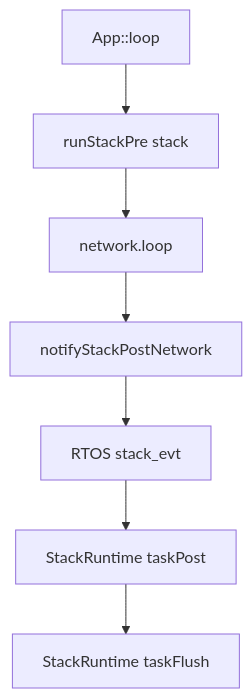
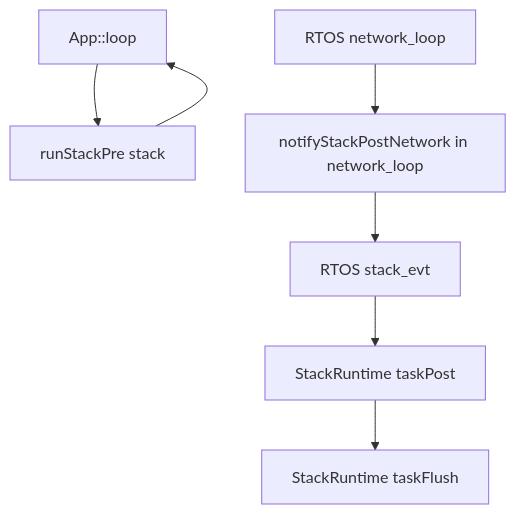
One commit to Denisov-Foundation-Limited/plc-esp2 changed the third of 5 diagrams in STACK.md. Above: the diagram before and after it, drawn with Mermaid. The commit also changed other lines of this file and 2 other files, not shown here.

Commit message:
docs: sync README/STACK/AGENTS with latest runtime

````diff
--- a/STACK.md
+++ b/STACK.md
@@ -174,17 +175,17 @@
 ```mermaid
 flowchart TD
   LOOP[App::loop]
   PRE[runStackPre stack]
-  NET[network.loop]
-  SIG[notifyStackPostNetwork]
+  NET[RTOS network_loop]
+  SIG[notifyStackPostNetwork in network_loop]
   EVT[RTOS stack_evt]
   POST[StackRuntime taskPost]
   FLUSH[StackRuntime taskFlush]
 
   LOOP --> PRE
-  PRE --> NET
+  PRE --> LOOP
   NET --> SIG
   SIG --> EVT
   EVT --> POST
   POST --> FLUSH
 ```
````
